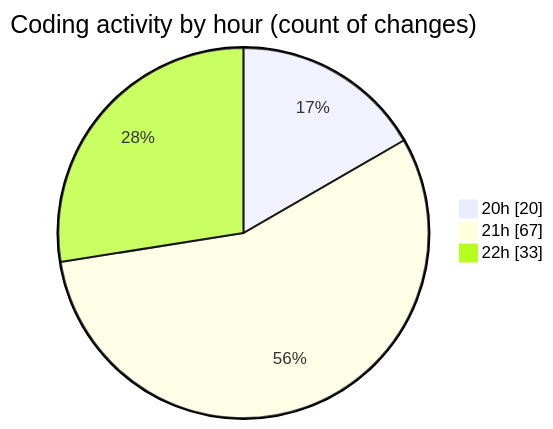
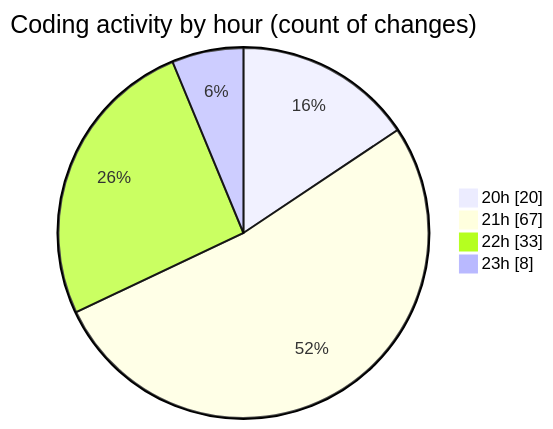
The second of 2 diagrams in 2025-08-19/quytuthien_vn/README.md (lephambinh05/code-tracking), drawn with Mermaid before and after one commit. The commit also changed other lines of this file and 1 other file, not shown here.

````diff
--- a/2025-08-19/quytuthien_vn/README.md
+++ b/2025-08-19/quytuthien_vn/README.md
@@ -108,7 +110,8 @@
 ```mermaid
 pie showData
 title Coding activity by hour (count of changes)
 "20h" : 20
 "21h" : 67
 "22h" : 33
+"23h" : 8
 ```
````
